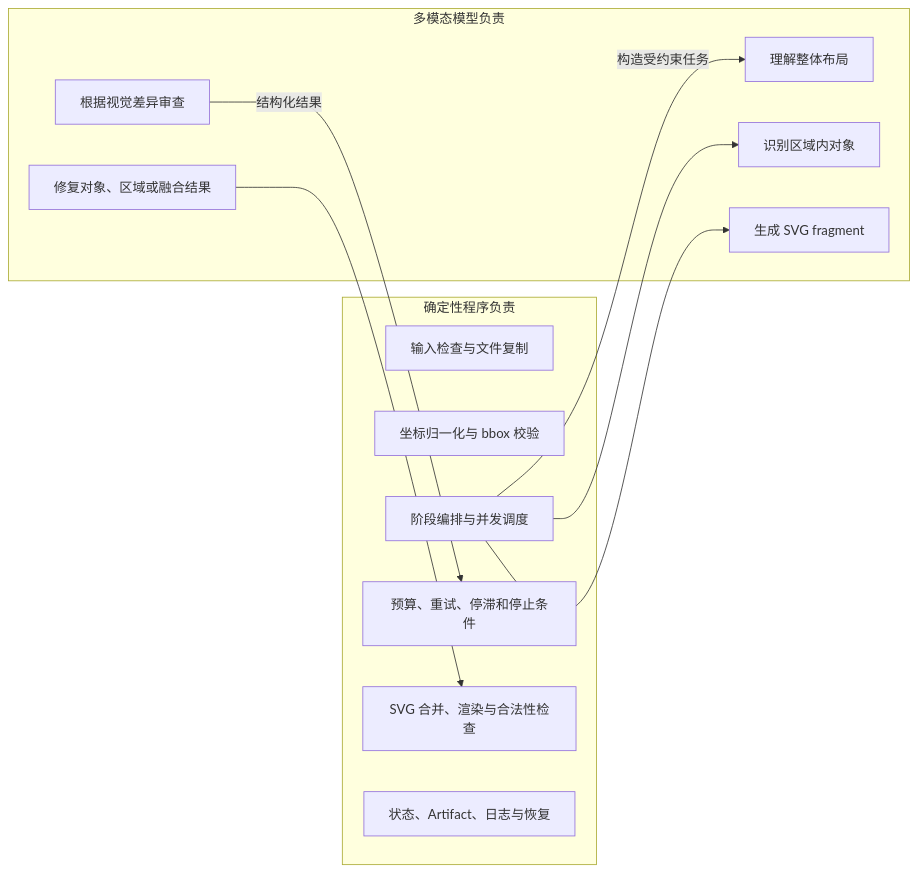
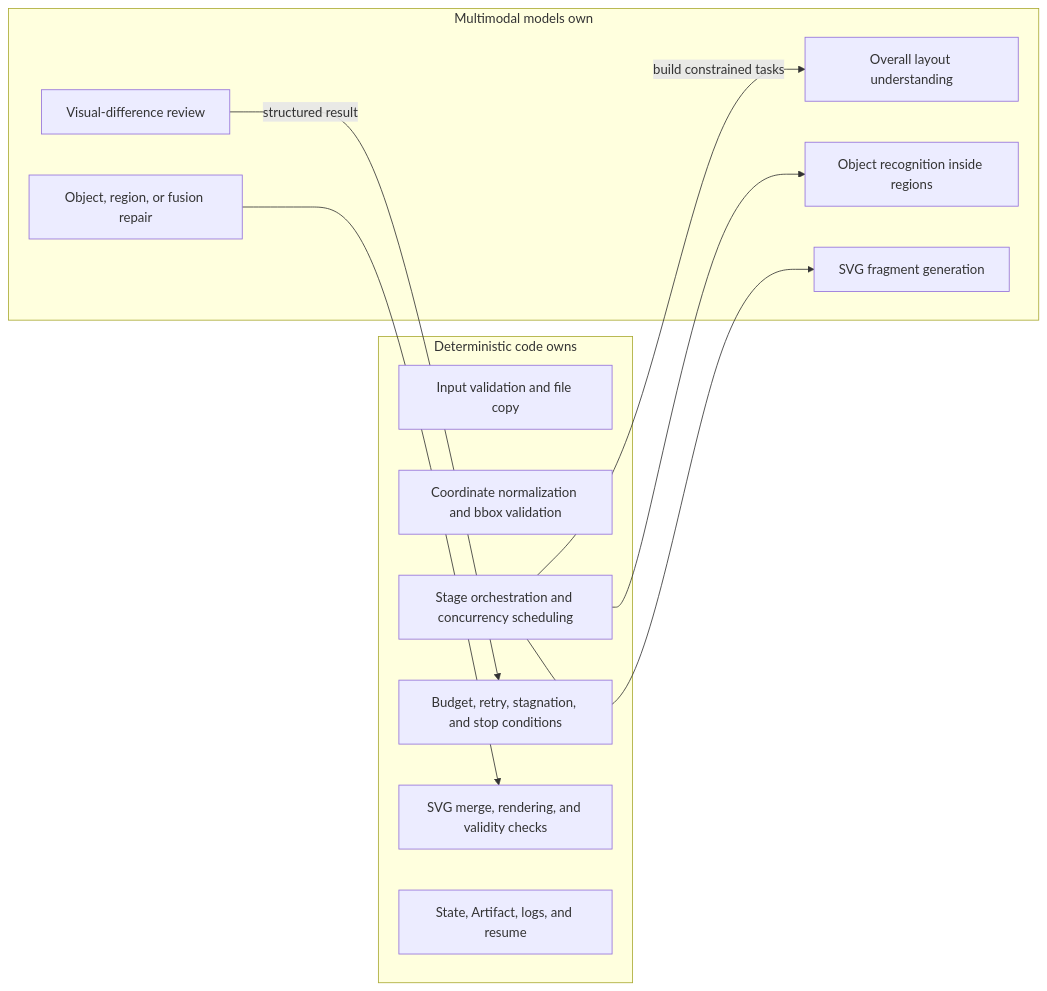
Before and after one commit to PeiXingXie/Raster2SVG-Demo: the second of 2 diagrams in architecture-summary/01-system-architecture.md, drawn with Mermaid. The commit also changed other lines of this file and 14 other files, not shown here.

````diff
--- a/architecture-summary/01-system-architecture.md
+++ b/architecture-summary/01-system-architecture.md
@@ -197,25 +208,25 @@
 ```mermaid
 flowchart LR
-    subgraph Deterministic["确定性程序负责"]
-        D1["输入检查与文件复制"]
-        D2["坐标归一化与 bbox 校验"]
-        D3["阶段编排与并发调度"]
-        D4["预算、重试、停滞和停止条件"]
-        D5["SVG 合并、渲染与合法性检查"]
-        D6["状态、Artifact、日志与恢复"]
+    subgraph Deterministic["Deterministic code owns"]
+        D1["Input validation and file copy"]
+        D2["Coordinate normalization and bbox validation"]
+        D3["Stage orchestration and concurrency scheduling"]
+        D4["Budget, retry, stagnation, and stop conditions"]
+        D5["SVG merge, rendering, and validity checks"]
+        D6["State, Artifact, logs, and resume"]
     end
 
-    subgraph ModelWork["多模态模型负责"]
-        M1["理解整体布局"]
-        M2["识别区域内对象"]
-        M3["生成 SVG fragment"]
-        M4["根据视觉差异审查"]
-        M5["修复对象、区域或融合结果"]
+    subgraph ModelWork["Multimodal models own"]
+        M1["Overall layout understanding"]
+        M2["Object recognition inside regions"]
+        M3["SVG fragment generation"]
+        M4["Visual-difference review"]
+        M5["Object, region, or fusion repair"]
     end
 
-    D3 -->|"构造受约束任务"| M1
+    D3 -->|"build constrained tasks"| M1
     D3 --> M2
     D3 --> M3
-    M4 -->|"结构化结果"| D4
+    M4 -->|"structured result"| D4
     M5 --> D5
 ```
````
